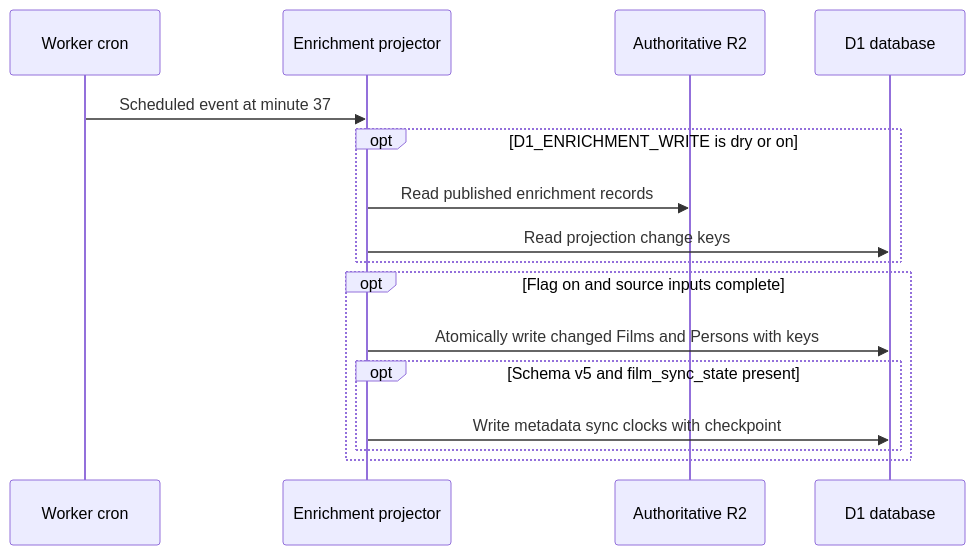
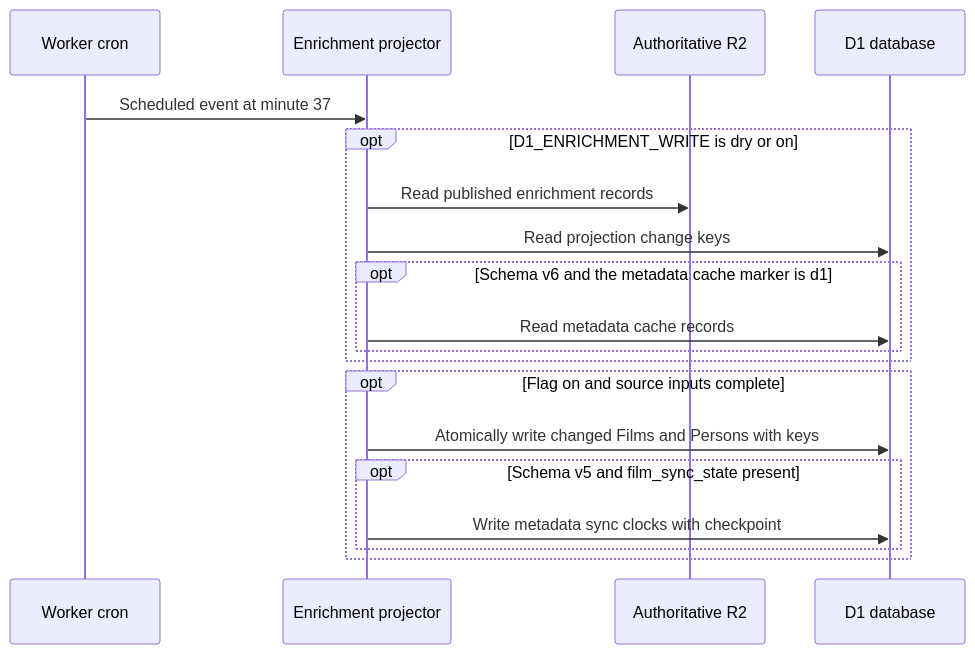
Before and after one commit to vladimino/iptv-watchlist: the fourth of 6 diagrams in docs/architecture/scheduling-and-orchestration.md, drawn with Mermaid. The commit also changed other lines of this file and 30 other files, not shown here.

First line of the commit message:
Store the metadata cache in D1 behind an r2 marker.

````diff
--- a/docs/architecture/scheduling-and-orchestration.md
+++ b/docs/architecture/scheduling-and-orchestration.md
@@ -110,18 +110,21 @@
 ```mermaid
 sequenceDiagram
     participant Cron as Worker cron
     participant Worker as Enrichment projector
     participant R2 as Authoritative R2
     participant D1 as D1 database
     Cron->>Worker: Scheduled event at minute 37
     opt D1_ENRICHMENT_WRITE is dry or on
         Worker->>R2: Read published enrichment records
         Worker->>D1: Read projection change keys
+        opt Schema v6 and the metadata cache marker is d1
+            Worker->>D1: Read metadata cache records
+        end
     end
     opt Flag on and source inputs complete
         Worker->>D1: Atomically write changed Films and Persons with keys
         opt Schema v5 and film_sync_state present
             Worker->>D1: Write metadata sync clocks with checkpoint
         end
     end
 ```
````
